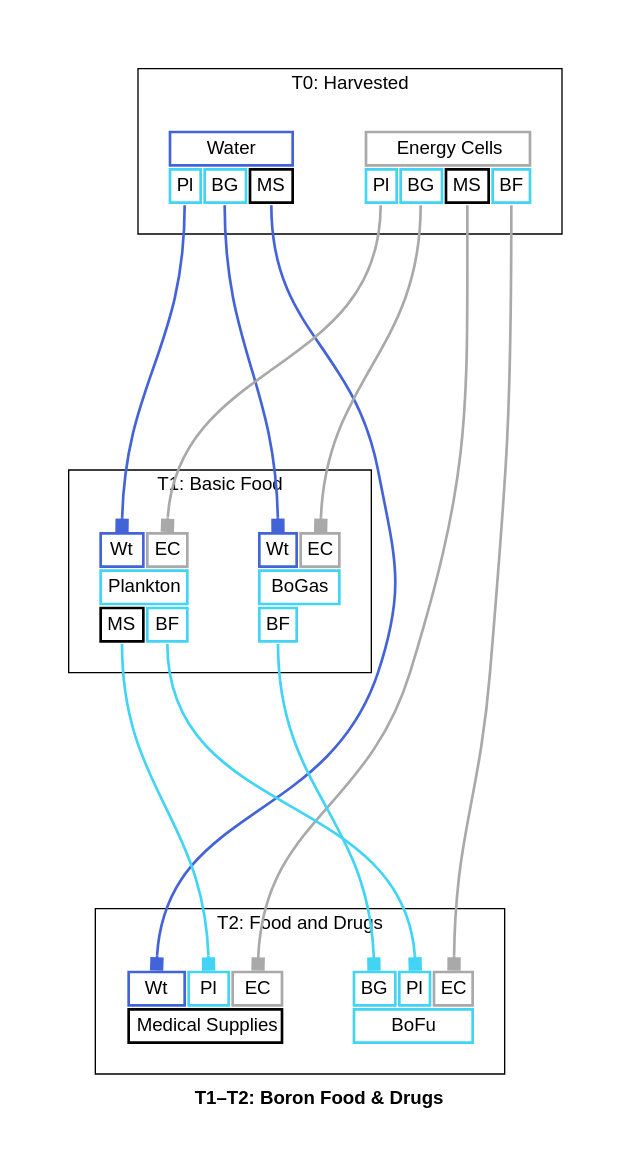
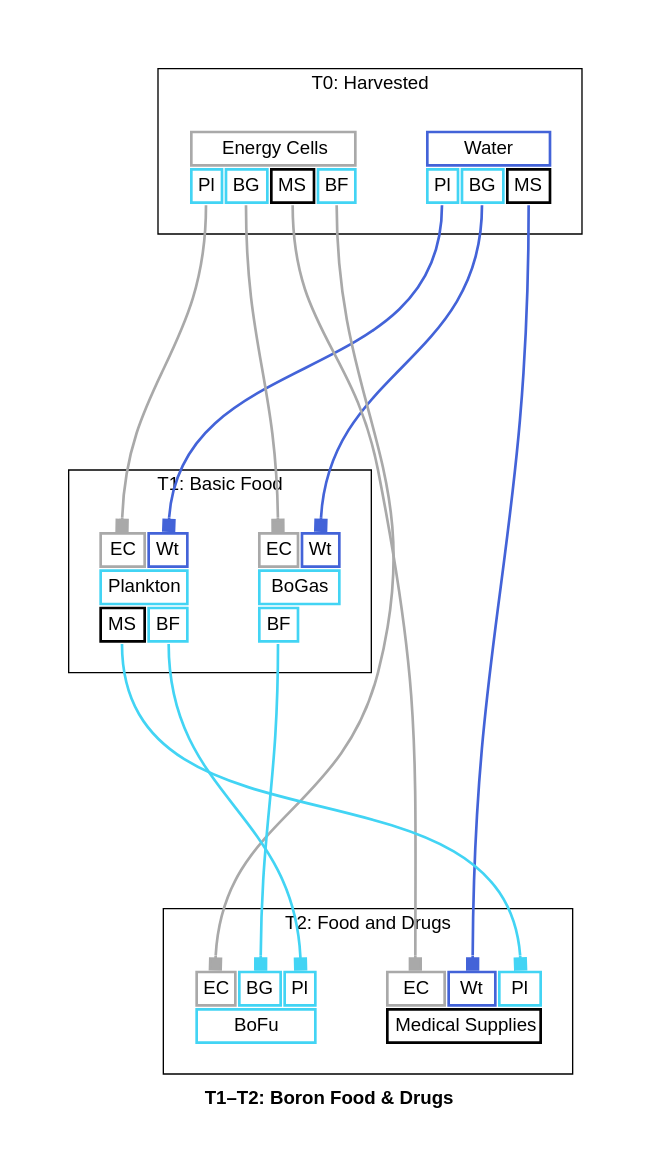
One commit to borntyping/x4-diagrams changed the diagram in docs/t1_t2_boron_food_drugs_graph_full.dot. Above: the diagram before and after it, drawn with Graphviz. The commit also changed other lines of this file and 80 other files, not shown here.

```diff
--- a/docs/t1_t2_boron_food_drugs_graph_full.dot
+++ b/docs/t1_t2_boron_food_drugs_graph_full.dot
@@ -1,141 +1,141 @@
 digraph "X4 Economy" {
 	edge [arrowType=normal]
 	compound=true fontname="Helvetica,Arial,sans-serif"
 	label=<<b>T1–T2: Boron Food &amp; Drugs</b>>
 	graph [nodesep=0.3 pad=0.5 ranksep=3]
 	node [color=slategray1 fontname="Helvetica,Arial,sans-serif" margin=0.2 penwidth=2.0 shape=plaintext]
 	edge [arrowhead=normal arrowsize=1.0 fontname="Helvetica,Arial,sans-serif" headport=n penwidth=2.0 tailport=s]
 	subgraph 0 {
 		cluster=true label="T0: Harvested"
 		water [label=<<table border="0" cellborder="2" cellpadding="4" cellspacing="1" fixedsize="false" id="water" port="output">
   
   <tr>
     <td align="text" bgcolor="white" color="#4363d8" colspan="3">Water</td>
   </tr>
   
     <tr>
       
         <td align="text" bgcolor="white" color="#42d4f4" port="plankton">Pl</td>
       
         <td align="text" bgcolor="white" color="#42d4f4" port="bogas">BG</td>
       
         <td align="text" bgcolor="white" color="#000000" port="medical_supplies">MS</td>
       
     </tr>
   
 </table>>]
 		energy_cells [label=<<table border="0" cellborder="2" cellpadding="4" cellspacing="1" fixedsize="false" id="energy_cells" port="output">
   
   <tr>
     <td align="text" bgcolor="white" color="#a9a9a9" colspan="4">Energy Cells</td>
   </tr>
   
     <tr>
       
         <td align="text" bgcolor="white" color="#42d4f4" port="plankton">Pl</td>
       
         <td align="text" bgcolor="white" color="#42d4f4" port="bogas">BG</td>
       
         <td align="text" bgcolor="white" color="#000000" port="medical_supplies">MS</td>
       
         <td align="text" bgcolor="white" color="#42d4f4" port="bofu">BF</td>
       
     </tr>
   
 </table>>]
 	}
 	subgraph 1 {
 		cluster=true label="T1: Basic Food"
 		plankton [label=<<table border="0" cellborder="2" cellpadding="4" cellspacing="1" fixedsize="false" id="plankton" port="output">
   
     <tr>
       
+        <td align="text" bgcolor="white" color="#a9a9a9" port="energy_cells">EC</td>
+      
         <td align="text" bgcolor="white" color="#4363d8" port="water">Wt</td>
-      
-        <td align="text" bgcolor="white" color="#a9a9a9" port="energy_cells">EC</td>
       
     </tr>
   
   <tr>
     <td align="text" bgcolor="white" color="#42d4f4" colspan="2">Plankton</td>
   </tr>
   
     <tr>
       
         <td align="text" bgcolor="white" color="#000000" port="medical_supplies">MS</td>
       
         <td align="text" bgcolor="white" color="#42d4f4" port="bofu">BF</td>
       
     </tr>
   
 </table>>]
 		bogas [label=<<table border="0" cellborder="2" cellpadding="4" cellspacing="1" fixedsize="false" id="bogas" port="output">
   
     <tr>
       
+        <td align="text" bgcolor="white" color="#a9a9a9" port="energy_cells">EC</td>
+      
         <td align="text" bgcolor="white" color="#4363d8" port="water">Wt</td>
-      
-        <td align="text" bgcolor="white" color="#a9a9a9" port="energy_cells">EC</td>
       
     </tr>
   
   <tr>
     <td align="text" bgcolor="white" color="#42d4f4" colspan="2">BoGas</td>
   </tr>
   
     <tr>
       
         <td align="text" bgcolor="white" color="#42d4f4" port="bofu">BF</td>
       
     </tr>
   
 </table>>]
 	}
 	subgraph 2 {
 		cluster=true label="T2: Food and Drugs"
 		medical_supplies [label=<<table border="0" cellborder="2" cellpadding="4" cellspacing="1" fixedsize="false" id="medical_supplies" port="output">
   
     <tr>
       
+        <td align="text" bgcolor="white" color="#a9a9a9" port="energy_cells">EC</td>
+      
         <td align="text" bgcolor="white" color="#4363d8" port="water">Wt</td>
       
         <td align="text" bgcolor="white" color="#42d4f4" port="plankton">Pl</td>
-      
-        <td align="text" bgcolor="white" color="#a9a9a9" port="energy_cells">EC</td>
       
     </tr>
   
   <tr>
     <td align="text" bgcolor="white" color="#000000" colspan="3">Medical Supplies</td>
   </tr>
   
 </table>>]
 		bofu [label=<<table border="0" cellborder="2" cellpadding="4" cellspacing="1" fixedsize="false" id="bofu" port="output">
   
     <tr>
       
+        <td align="text" bgcolor="white" color="#a9a9a9" port="energy_cells">EC</td>
+      
         <td align="text" bgcolor="white" color="#42d4f4" port="bogas">BG</td>
       
         <td align="text" bgcolor="white" color="#42d4f4" port="plankton">Pl</td>
-      
-        <td align="text" bgcolor="white" color="#a9a9a9" port="energy_cells">EC</td>
       
     </tr>
   
   <tr>
     <td align="text" bgcolor="white" color="#42d4f4" colspan="3">BoFu</td>
   </tr>
   
 </table>>]
 	}
 	energy_cells:plankton:s -> plankton:energy_cells:n [arrowhead=box color="#a9a9a9" weight=1.0]
 	water:plankton:s -> plankton:water:n [arrowhead=box color="#4363d8" weight=1.0]
 	energy_cells:bogas:s -> bogas:energy_cells:n [arrowhead=box color="#a9a9a9" weight=1.0]
 	water:bogas:s -> bogas:water:n [arrowhead=box color="#4363d8" weight=1.0]
 	energy_cells:medical_supplies:s -> medical_supplies:energy_cells:n [arrowhead=box color="#a9a9a9" weight=1.0]
 	plankton:medical_supplies:s -> medical_supplies:plankton:n [arrowhead=box color="#42d4f4" weight=1.0]
 	water:medical_supplies:s -> medical_supplies:water:n [arrowhead=box color="#4363d8" weight=1.0]
 	bogas:bofu:s -> bofu:bogas:n [arrowhead=box color="#42d4f4" weight=1.0]
 	energy_cells:bofu:s -> bofu:energy_cells:n [arrowhead=box color="#a9a9a9" weight=1.0]
 	plankton:bofu:s -> bofu:plankton:n [arrowhead=box color="#42d4f4" weight=1.0]
 }
```
